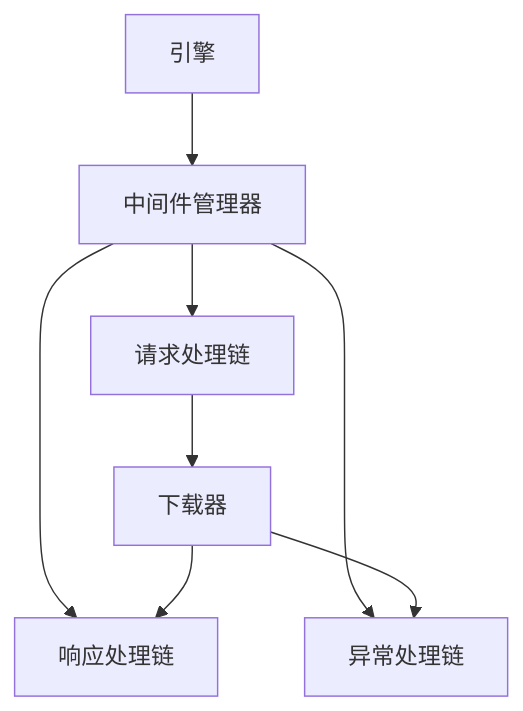
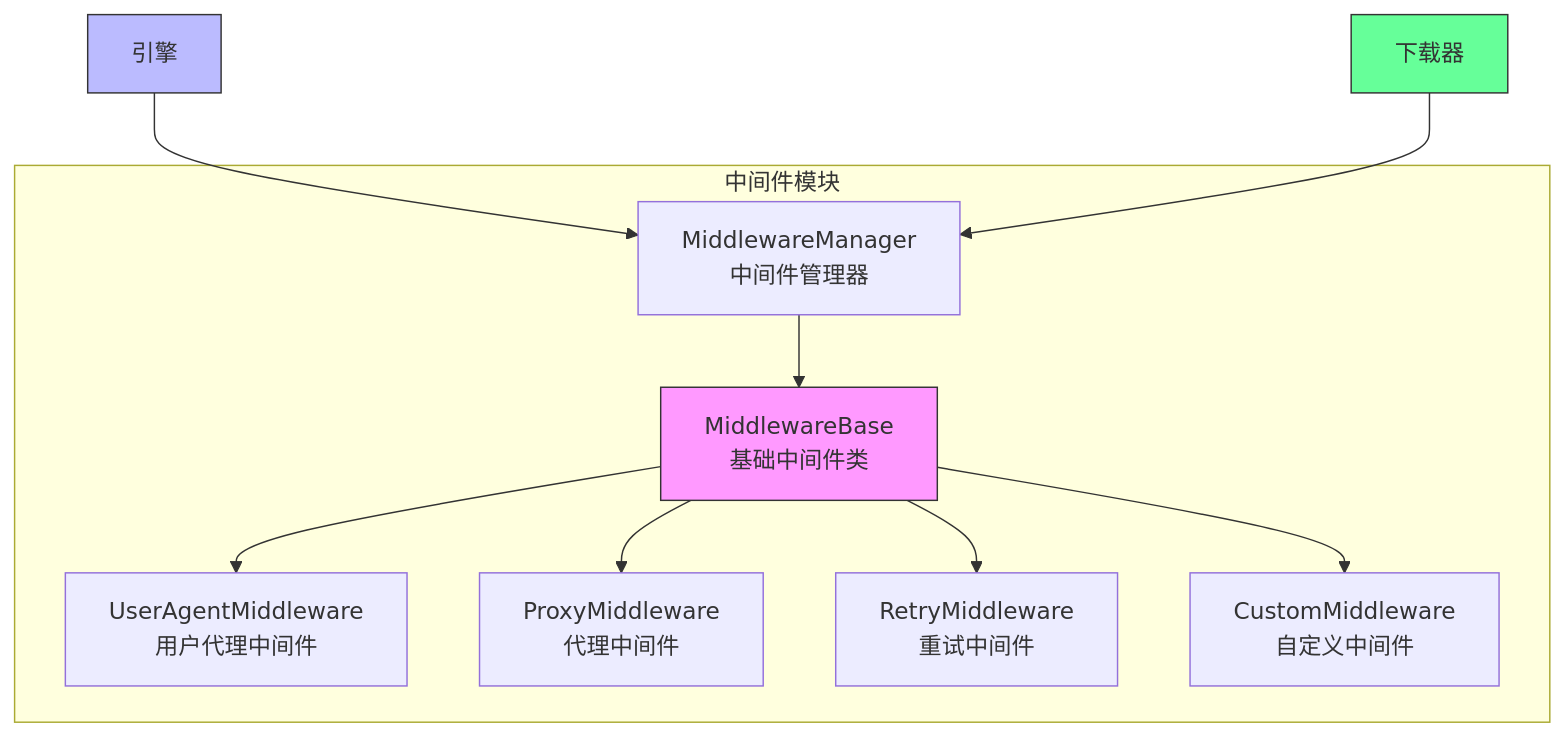
One commit to crawl-coder/Crawlo changed the diagram in docs/modules/middleware/index.md. Above: the diagram before and after it, drawn with Mermaid. The commit also changed other lines of this file and 98 other files, not shown here.

````diff
--- a/docs/modules/middleware/index.md
+++ b/docs/modules/middleware/index.md
@@ -20,10 +17,21 @@
 ```mermaid
-graph TD
-    A[引擎] --> B[中间件管理器]
-    B --> C[请求处理链]
-    B --> D[响应处理链]
-    B --> E[异常处理链]
-    C --> F[下载器]
-    F --> D
-    F --> E
+graph TB
+subgraph "中间件模块"
+MiddlewareBase[MiddlewareBase<br/>基础中间件类]
+UserAgentMiddleware[UserAgentMiddleware<br/>用户代理中间件]
+ProxyMiddleware[ProxyMiddleware<br/>代理中间件]
+RetryMiddleware[RetryMiddleware<br/>重试中间件]
+CustomMiddleware[CustomMiddleware<br/>自定义中间件]
+MiddlewareManager[MiddlewareManager<br/>中间件管理器]
+end
+Engine[引擎] --> MiddlewareManager
+Downloader[下载器] --> MiddlewareManager
+MiddlewareManager --> MiddlewareBase
+MiddlewareBase --> UserAgentMiddleware
+MiddlewareBase --> ProxyMiddleware
+MiddlewareBase --> RetryMiddleware
+MiddlewareBase --> CustomMiddleware
+style MiddlewareBase fill:#f9f,stroke:#333
+style Engine fill:#bbf,stroke:#333
+style Downloader fill:#6f9,stroke:#333
 ```
````
